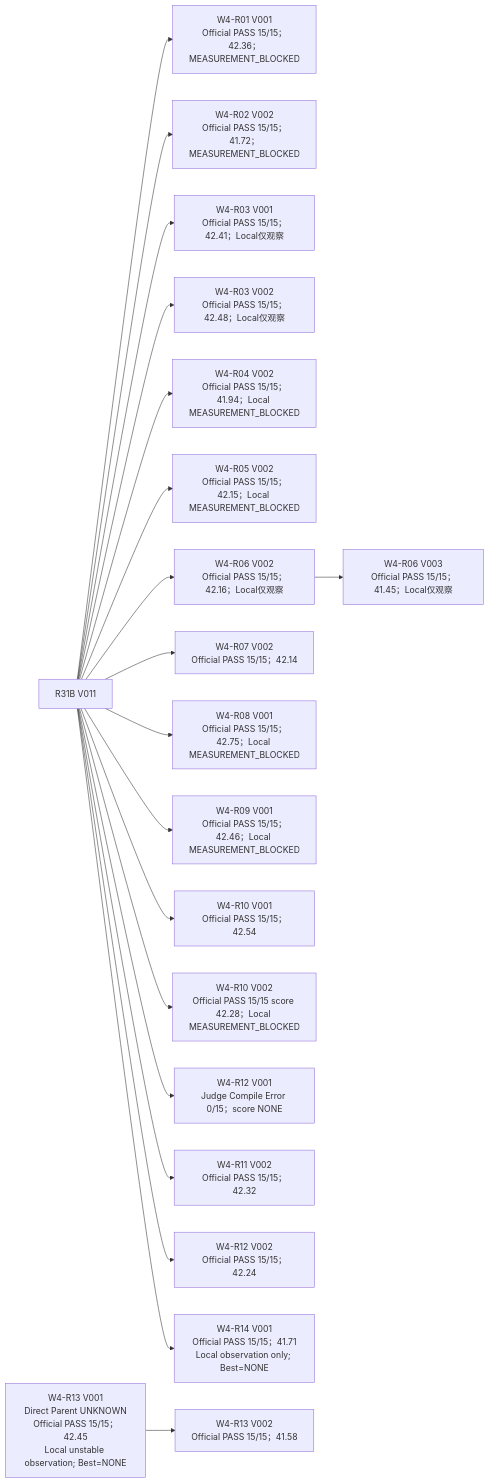
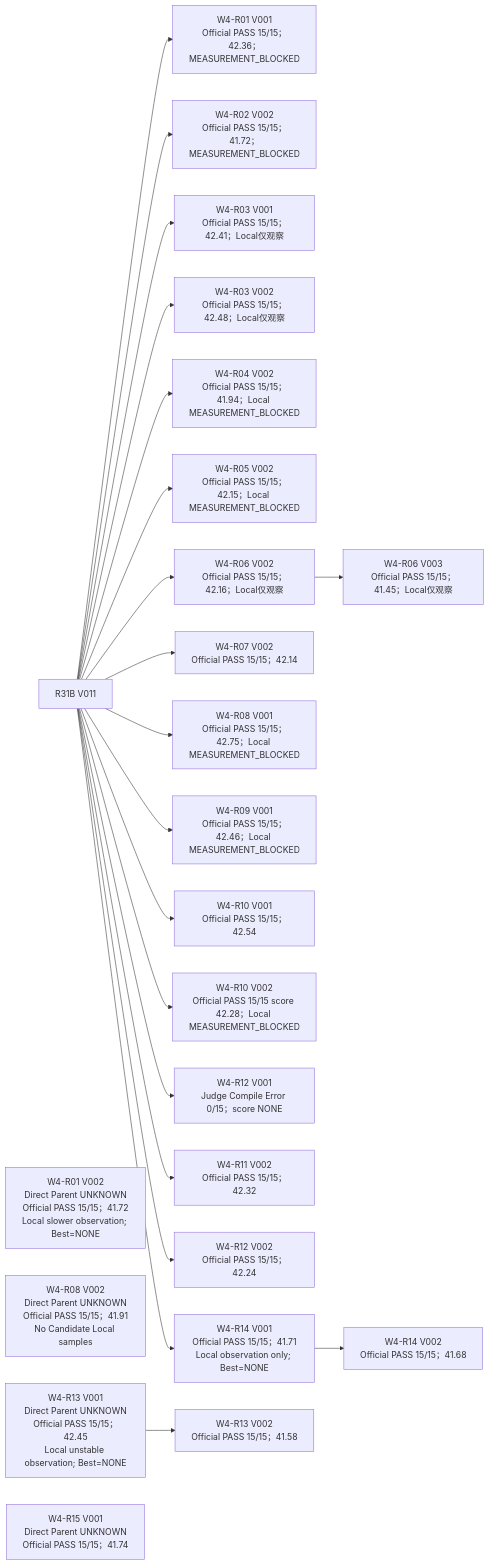
Before and after one commit to sxyq/CANN: the first of 4 diagrams in 技术路线/技术路线图.md, drawn with Mermaid. The commit also changed other lines of this file and 4 other files, not shown here.

````diff
--- a/技术路线/技术路线图.md
+++ b/技术路线/技术路线图.md
@@ -41,24 +41,28 @@
 ```mermaid
 flowchart LR
   p["R31B V011"]
   p --> r01["W4-R01 V001<br/>Official PASS 15/15；42.36；MEASUREMENT_BLOCKED"]
+  r01v2["W4-R01 V002<br/>Direct Parent UNKNOWN<br/>Official PASS 15/15；41.72<br/>Local slower observation; Best=NONE"]
   p --> r02["W4-R02 V002<br/>Official PASS 15/15；41.72；MEASUREMENT_BLOCKED"]
   p --> r03v1["W4-R03 V001<br/>Official PASS 15/15；42.41；Local仅观察"]
   p --> r03v2["W4-R03 V002<br/>Official PASS 15/15；42.48；Local仅观察"]
   p --> r04["W4-R04 V002<br/>Official PASS 15/15；41.94；Local MEASUREMENT_BLOCKED"]
   p --> r05["W4-R05 V002<br/>Official PASS 15/15；42.15；Local MEASUREMENT_BLOCKED"]
   p --> r06v2["W4-R06 V002<br/>Official PASS 15/15；42.16；Local仅观察"]
   r06v2 --> r06v3["W4-R06 V003<br/>Official PASS 15/15；41.45；Local仅观察"]
   p --> r07["W4-R07 V002<br/>Official PASS 15/15；42.14"]
   p --> r08["W4-R08 V001<br/>Official PASS 15/15；42.75；Local MEASUREMENT_BLOCKED"]
+  r08v2["W4-R08 V002<br/>Direct Parent UNKNOWN<br/>Official PASS 15/15；41.91<br/>No Candidate Local samples"]
   p --> r09["W4-R09 V001<br/>Official PASS 15/15；42.46；Local MEASUREMENT_BLOCKED"]
   p --> r10["W4-R10 V001<br/>Official PASS 15/15；42.54"]
   p --> r10v2["W4-R10 V002<br/>Official PASS 15/15 score 42.28；Local MEASUREMENT_BLOCKED"]
   p --> r12v1["W4-R12 V001<br/>Judge Compile Error 0/15；score NONE"]
   p --> r11["W4-R11 V002<br/>Official PASS 15/15；42.32"]
   p --> r12v2["W4-R12 V002<br/>Official PASS 15/15；42.24"]
   r13v1["W4-R13 V001<br/>Direct Parent UNKNOWN<br/>Official PASS 15/15；42.45<br/>Local unstable observation; Best=NONE"]
   r13v2["W4-R13 V002<br/>Official PASS 15/15；41.58"]
   r13v1 --> r13v2
   p --> r14v1["W4-R14 V001<br/>Official PASS 15/15；41.71<br/>Local observation only; Best=NONE"]
+  r14v1 --> r14v2["W4-R14 V002<br/>Official PASS 15/15；41.68"]
+  r15v1["W4-R15 V001<br/>Direct Parent UNKNOWN<br/>Official PASS 15/15；41.74"]
 ```
````
